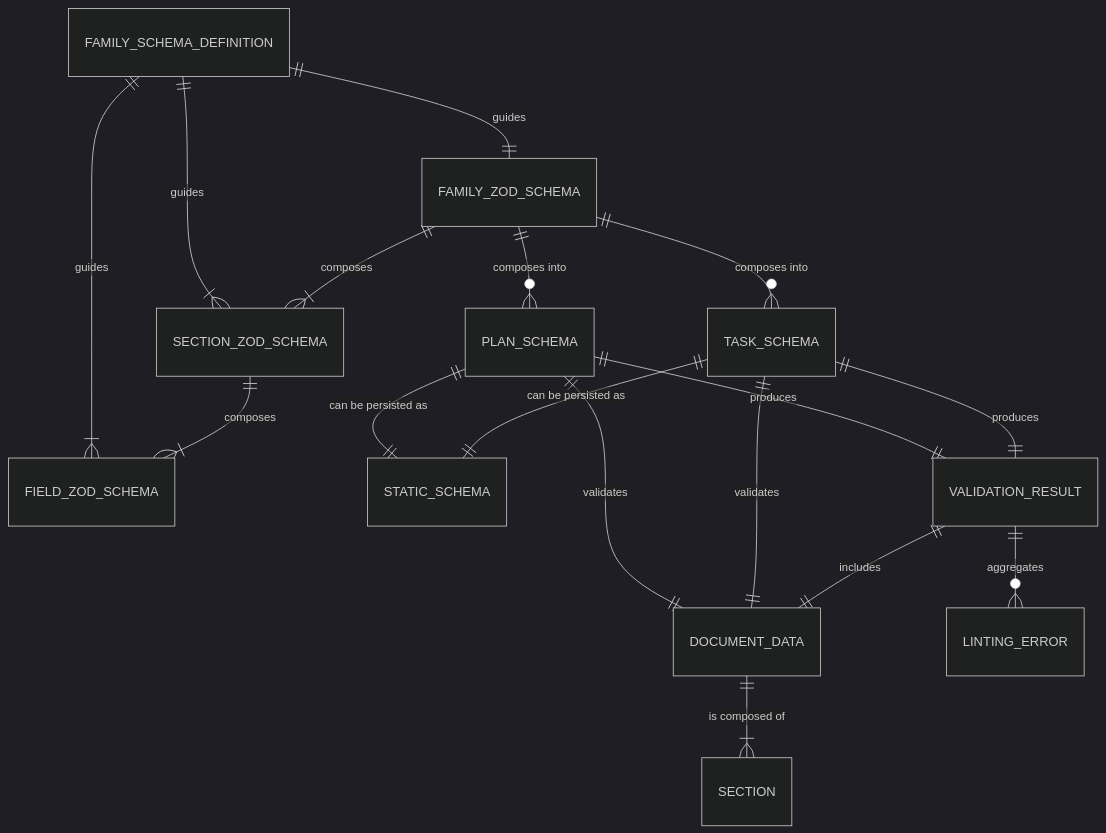
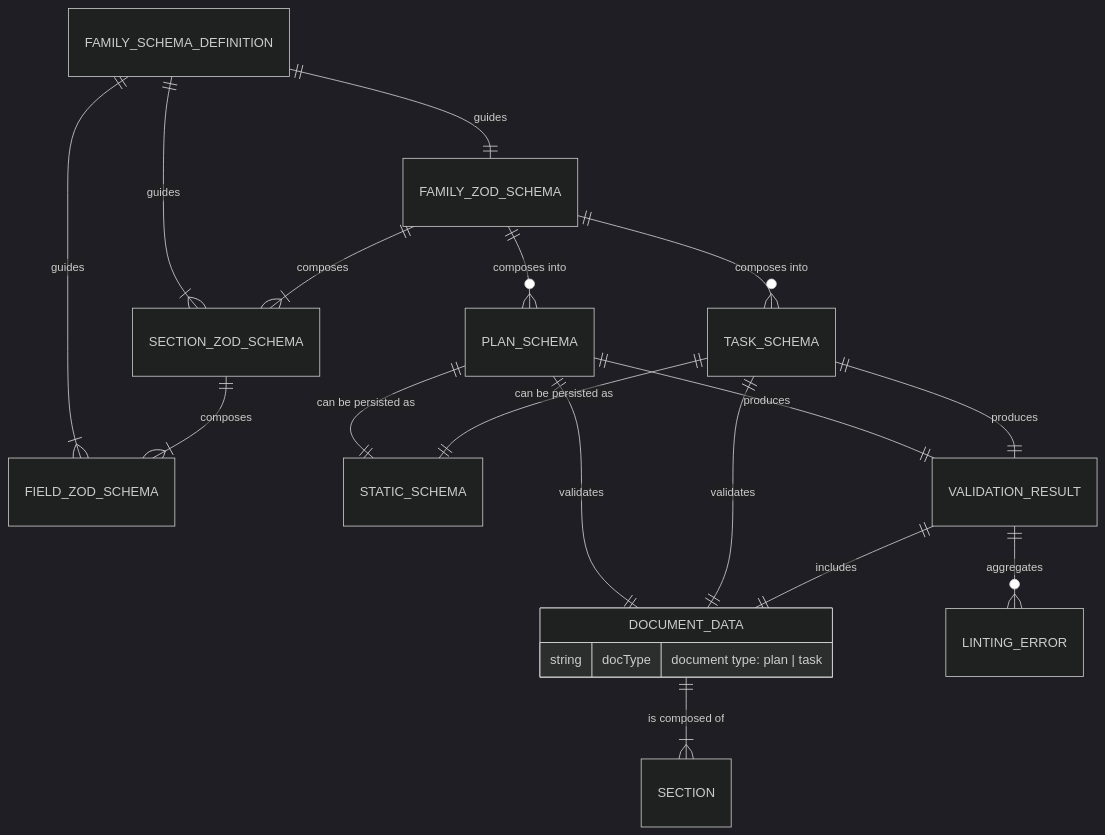
The second of 5 diagrams in docs/requirements/p1.p6-doc-content-validator.plan.md (livelifelively/documentation-driven-development-tools), drawn with Mermaid (dark theme) before and after one commit. The commit also changed other lines of this file, not shown here.

````diff
--- a/docs/requirements/p1.p6-doc-content-validator.plan.md
+++ b/docs/requirements/p1.p6-doc-content-validator.plan.md
@@ -111,24 +111,28 @@
 ```mermaid
 erDiagram
+    DOCUMENT_DATA{
+        string docType "document type: plan | task"
+    }
+
     FAMILY_SCHEMA_DEFINITION ||--|| FAMILY_ZOD_SCHEMA : "guides"
     FAMILY_SCHEMA_DEFINITION ||--|{ SECTION_ZOD_SCHEMA : "guides"
     FAMILY_SCHEMA_DEFINITION ||--|{ FIELD_ZOD_SCHEMA : "guides"
 
     FAMILY_ZOD_SCHEMA ||--|{ SECTION_ZOD_SCHEMA : "composes"
     SECTION_ZOD_SCHEMA ||--|{ FIELD_ZOD_SCHEMA : "composes"
 
     FAMILY_ZOD_SCHEMA ||--o{ PLAN_SCHEMA : "composes into"
     FAMILY_ZOD_SCHEMA ||--o{ TASK_SCHEMA : "composes into"
 
     PLAN_SCHEMA ||--|| STATIC_SCHEMA : "can be persisted as"
     TASK_SCHEMA ||--|| STATIC_SCHEMA : "can be persisted as"
 
     PLAN_SCHEMA ||--|| DOCUMENT_DATA : "validates"
     TASK_SCHEMA ||--|| DOCUMENT_DATA : "validates"
     DOCUMENT_DATA ||--|{ SECTION : "is composed of"
 
     PLAN_SCHEMA ||--|| VALIDATION_RESULT : "produces"
     TASK_SCHEMA ||--|| VALIDATION_RESULT : "produces"
     VALIDATION_RESULT ||--o{ LINTING_ERROR : "aggregates"
     VALIDATION_RESULT ||--|| DOCUMENT_DATA : "includes"
 ```
````
